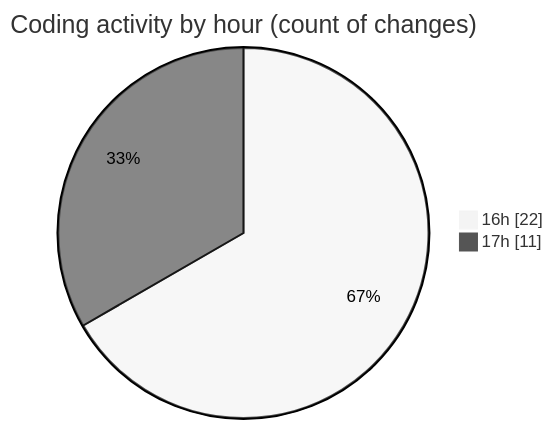
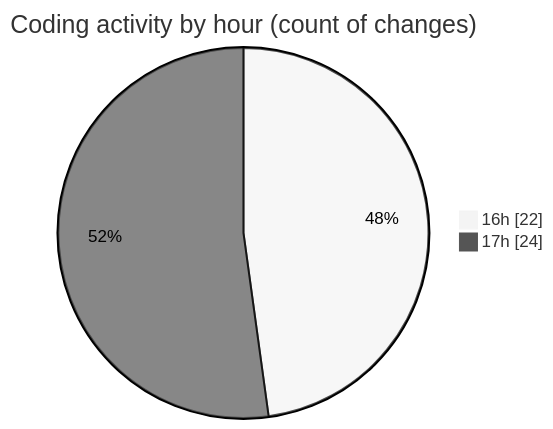
Before and after one commit to becaeroporto-bot/code-tracking: the second of 2 diagrams in 2026-02-17/bot_v1_2/README.md, drawn with Mermaid (neutral theme). The commit also changed other lines of this file and 1 other file, not shown here.

````diff
--- a/2026-02-17/bot_v1_2/README.md
+++ b/2026-02-17/bot_v1_2/README.md
@@ -40,6 +45,6 @@
 ```mermaid
 pie showData
 title Coding activity by hour (count of changes)
 "16h" : 22
-"17h" : 11
+"17h" : 24
 ```
````
